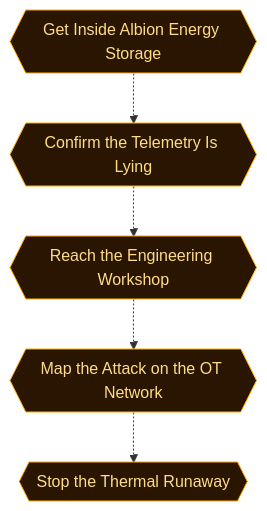
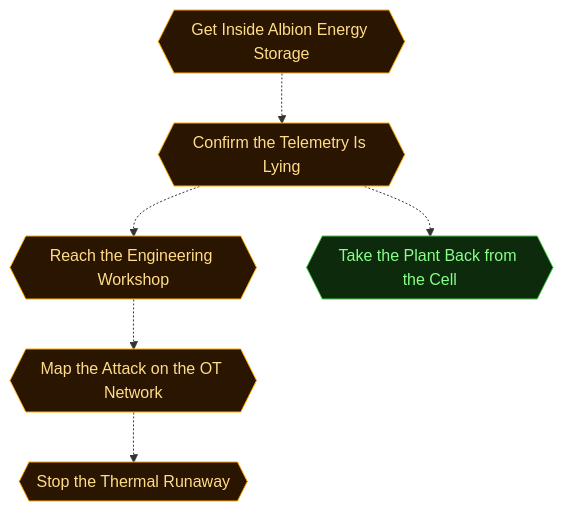
The second of 5 diagrams in scenarios/m04_critical_failure/dungeon_graph.md (cliffe/BreakEscape), drawn with Mermaid before and after one commit. The commit also changed other lines of this file and 29 other files, not shown here.

````diff
--- a/scenarios/m04_critical_failure/dungeon_graph.md
+++ b/scenarios/m04_critical_failure/dungeon_graph.md
@@ -164,31 +164,34 @@
 ```mermaid
 flowchart TD
 
   classDef room      fill:#0f2d2d,stroke:#22ddcc,color:#a0ffee
   classDef lock      fill:#2d0f0f,stroke:#e66060,color:#ffa0a0
   classDef key       fill:#2d0812,stroke:#e66060,color:#ffa0a0
   classDef item      fill:#2d1200,stroke:#e89030,color:#ffcc80
   classDef gate      fill:#111,stroke:#666,color:#eee
   classDef vm        fill:#0c1f40,stroke:#4a90d9,color:#a0c8ff
   classDef flag      fill:#1a0c2d,stroke:#9060d0,color:#cc99ff
   classDef action    fill:#1a1200,stroke:#cc9922,color:#ffee88
   classDef aim       fill:#0d2a0d,stroke:#44cc44,color:#88ff88
   classDef aim_gate  fill:#111111,stroke:#44cc44,color:#44cc44
   classDef container fill:#1a2d1a,stroke:#60b060,color:#a0e0a0
   classDef npc       fill:#2d1f0d,stroke:#d0a050,color:#ffe0a0
   classDef critical  fill:#2a1500,stroke:#ffaa00,color:#ffdd88
   classDef start     fill:#003322,stroke:#00ffaa,color:#00ffaa
 
   aim_get_inside{{"Get Inside Albion Energy Storage"}}
   aim_confirm_the_lie{{"Confirm the Telemetry Is Lying"}}
   aim_reach_the_workshop{{"Reach the Engineering Workshop"}}
   aim_map_the_attack{{"Map the Attack on the OT Network"}}
+  aim_take_back_the_plant{{"Take the Plant Back from the Cell"}}
   aim_stop_the_runaway{{"Stop the Thermal Runaway"}}
 
   aim_get_inside -.-> aim_confirm_the_lie
   aim_confirm_the_lie -.-> aim_reach_the_workshop
   aim_reach_the_workshop -.-> aim_map_the_attack
+  aim_confirm_the_lie -.-> aim_take_back_the_plant
   aim_map_the_attack -.-> aim_stop_the_runaway
 
   class aim_get_inside,aim_confirm_the_lie,aim_reach_the_workshop,aim_map_the_attack,aim_stop_the_runaway critical
+  class aim_take_back_the_plant aim
 ```
````
